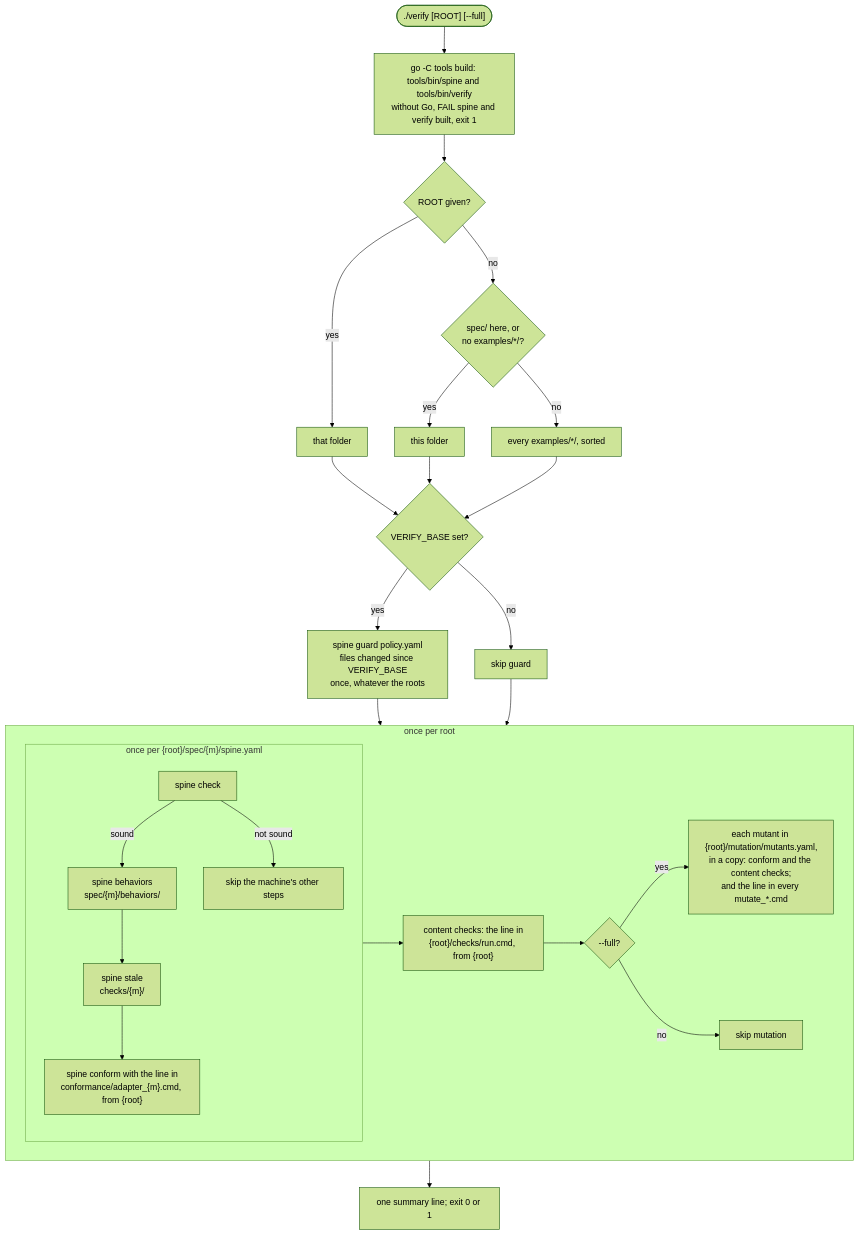
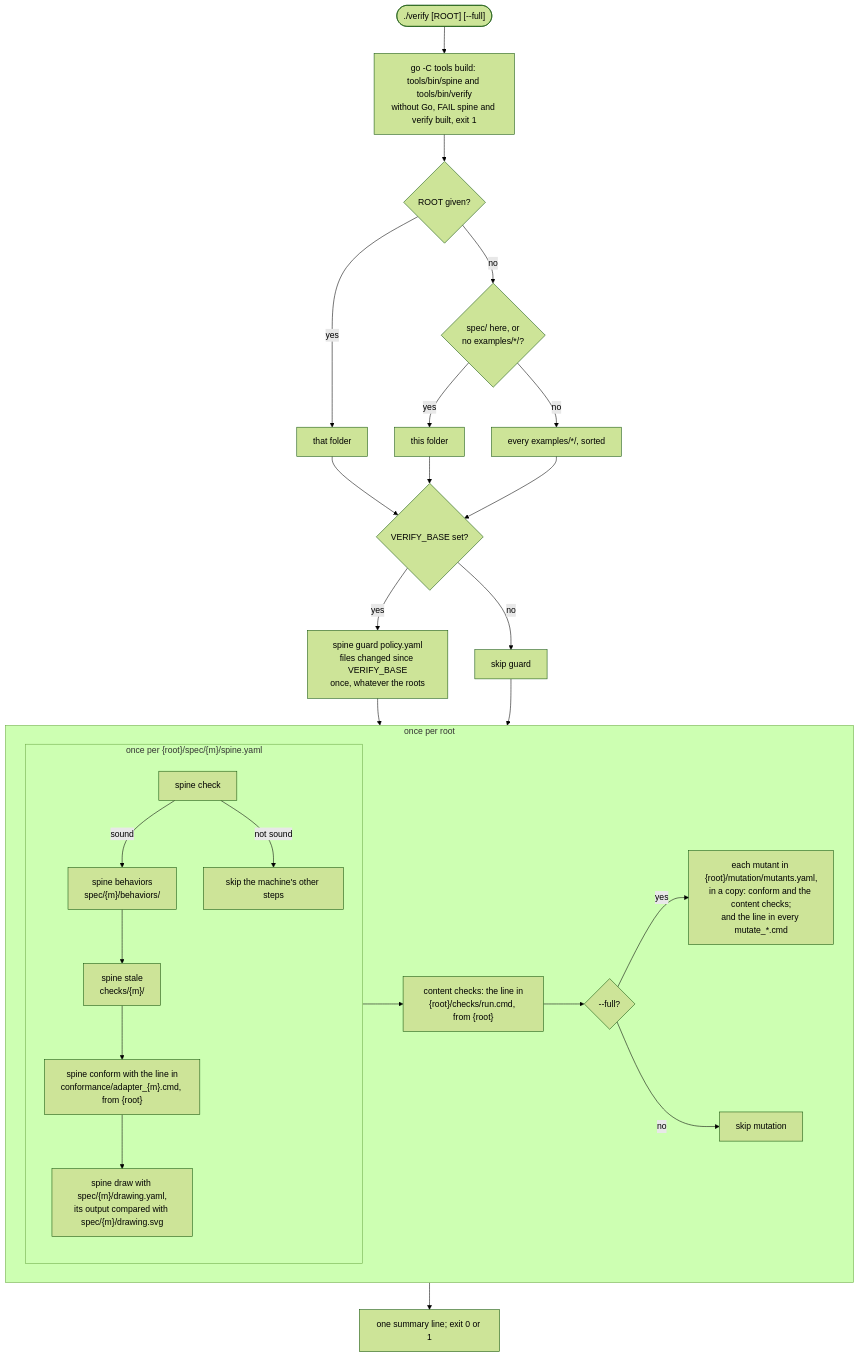
One commit to 23min/verifier-kit changed the second of 7 diagrams in docs/architecture.md. Above: the diagram before and after it, drawn with Mermaid (forest theme). The commit also changed other lines of this file and 46 other files, not shown here.

````diff
--- a/docs/architecture.md
+++ b/docs/architecture.md
@@ -56,29 +56,30 @@
 ```mermaid
 flowchart TD
   start(["./verify [ROOT] [--full]"]) --> build
   build["go -C tools build: tools/bin/spine and tools/bin/verify<br/>without Go, FAIL spine and verify built, exit 1"] --> roots
   roots{"ROOT given?"} -- yes --> one["that folder"]
   roots -- no --> has{"spec/ here, or<br/>no examples/*/?"}
   has -- yes --> here["this folder"]
   has -- no --> each["every examples/*/, sorted"]
   one --> g
   here --> g
   each --> g
   g{"VERIFY_BASE set?"} -- yes --> guard["spine guard policy.yaml<br/>files changed since VERIFY_BASE<br/>once, whatever the roots"]
   g -- no --> skipg["skip guard"]
   guard --> rootloop
   skipg --> rootloop
   subgraph rootloop["once per root"]
     subgraph loop["once per {root}/spec/{m}/spine.yaml"]
       check["spine check"] -- sound --> beh["spine behaviors<br/>spec/{m}/behaviors/"]
       check -- not sound --> skipm["skip the machine's other steps"]
       beh --> stale["spine stale<br/>checks/{m}/"]
       stale --> conf["spine conform with the line in<br/>conformance/adapter_{m}.cmd, from {root}"]
+      conf --> drw["spine draw with spec/{m}/drawing.yaml,<br/>its output compared with spec/{m}/drawing.svg"]
     end
     loop --> content["content checks: the line in<br/>{root}/checks/run.cmd, from {root}"]
     content --> f{"--full?"}
     f -- yes --> mut["each mutant in {root}/mutation/mutants.yaml,<br/>in a copy: conform and the content checks;<br/>and the line in every mutate_*.cmd"]
     f -- no --> skipmut["skip mutation"]
   end
   rootloop --> sum["one summary line; exit 0 or 1"]
 ```
````
